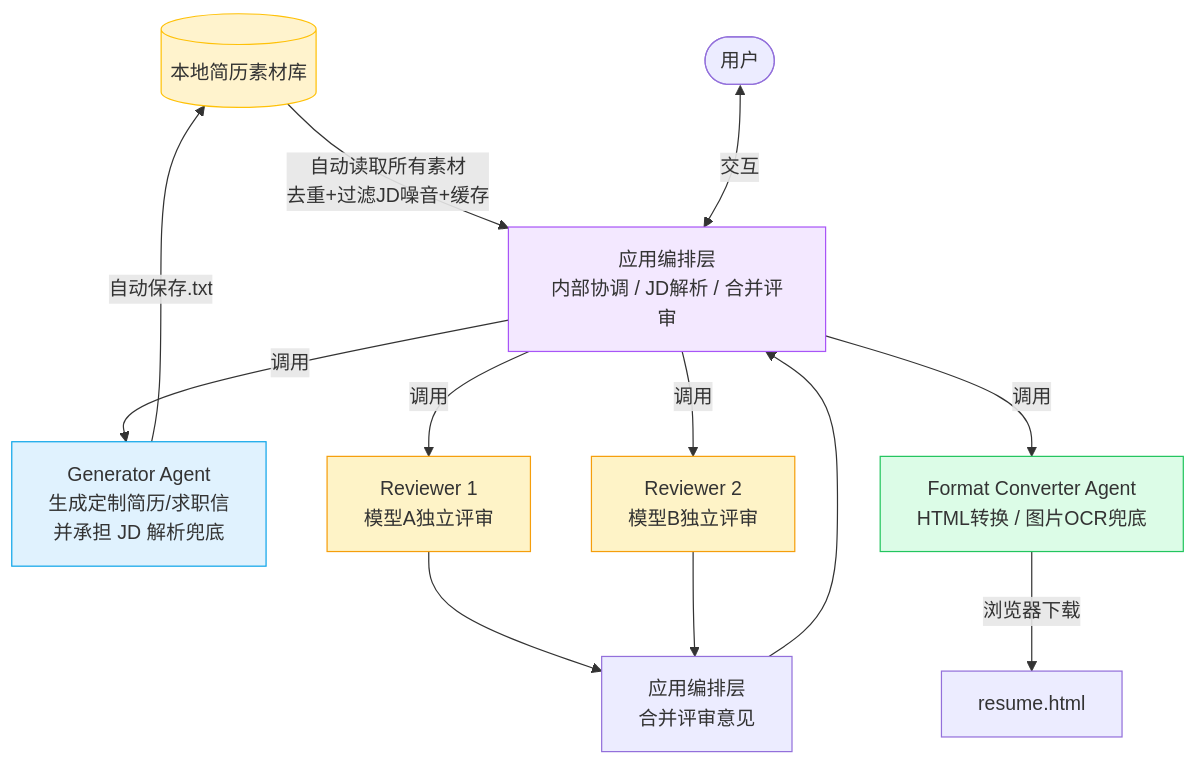
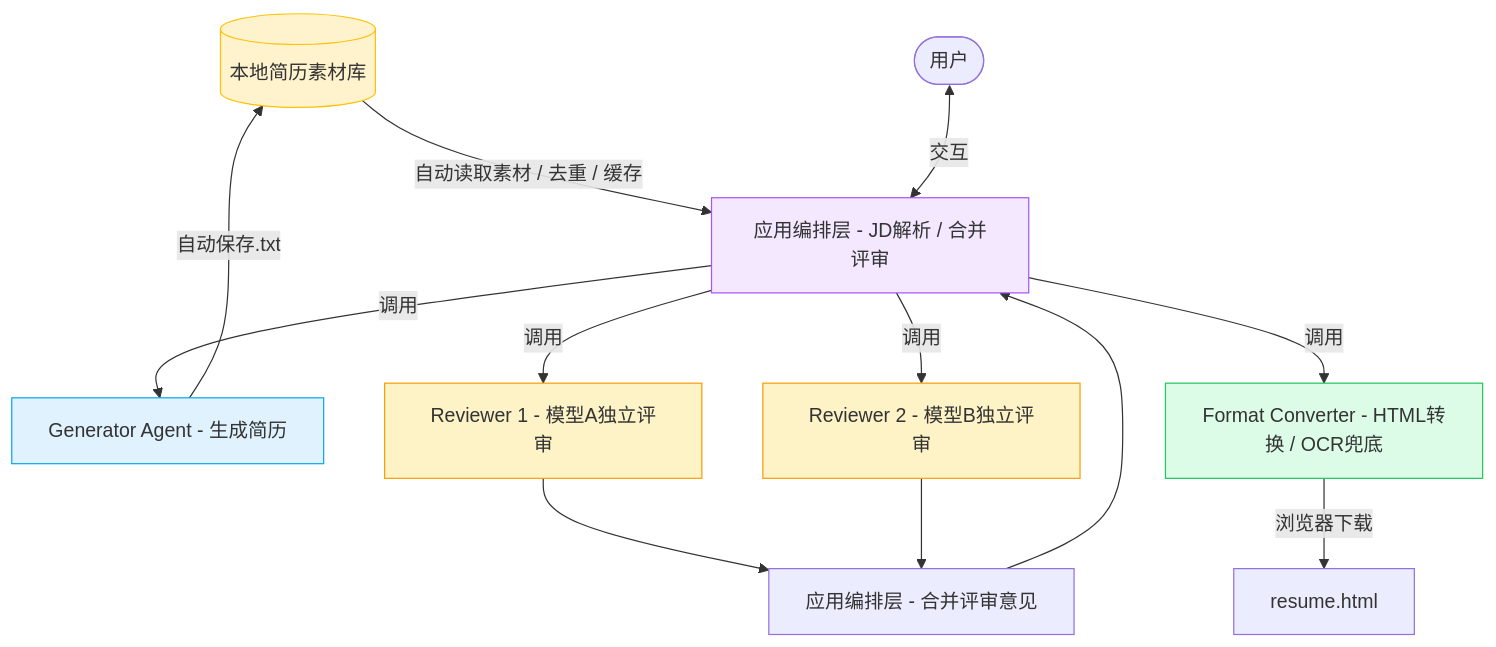
The second of 3 diagrams in README.md (wukun2005-gif/resumeTailor), drawn with Mermaid before and after one commit. The commit also changed other lines of this file and 1 other file, not shown here.

````diff
--- a/README.md
+++ b/README.md
@@ -254,25 +195,25 @@
 ```mermaid
 flowchart TD
-    LIB[(本地简历素材库)] -->|自动读取所有素材<br/>去重+过滤JD噪音+缓存| APP
+    LIB[(本地简历素材库)] -->|自动读取素材 / 去重 / 缓存| APP
 
-    USER([用户]) <-->|交互| APP["应用编排层<br/>内部协调 / JD解析 / 合并评审"]
+    USER([用户]) <-->|交互| APP["应用编排层 - JD解析 / 合并评审"]
 
-    APP -->|调用| GEN["Generator Agent<br/>生成定制简历/求职信<br/>并承担 JD 解析兜底"]
-    APP -->|调用| REV1["Reviewer 1<br/>模型A独立评审"]
-    APP -->|调用| REV2["Reviewer 2<br/>模型B独立评审"]
-    APP -->|调用| HTMLA["Format Converter Agent<br/>HTML转换 / 图片OCR兜底"]
+    APP -->|调用| GEN["Generator Agent - 生成简历"]
+    APP -->|调用| REV1["Reviewer 1 - 模型A独立评审"]
+    APP -->|调用| REV2["Reviewer 2 - 模型B独立评审"]
+    APP -->|调用| HTMLA["Format Converter - HTML转换 / OCR兜底"]
 
-    REV1 --> MERGE["应用编排层<br/>合并评审意见"]
+    REV1 --> MERGE["应用编排层 - 合并评审意见"]
     REV2 --> MERGE
     MERGE --> APP
 
     GEN -->|自动保存.txt| LIB
     HTMLA -->|浏览器下载| DL["resume.html"]
 
     style LIB fill:#fff3cd,stroke:#ffc107
     style APP fill:#f3e8ff,stroke:#a855f7
     style GEN fill:#e0f2fe,stroke:#0ea5e9
     style REV1 fill:#fef3c7,stroke:#f59e0b
     style REV2 fill:#fef3c7,stroke:#f59e0b
     style HTMLA fill:#dcfce7,stroke:#22c55e
 ```
````
